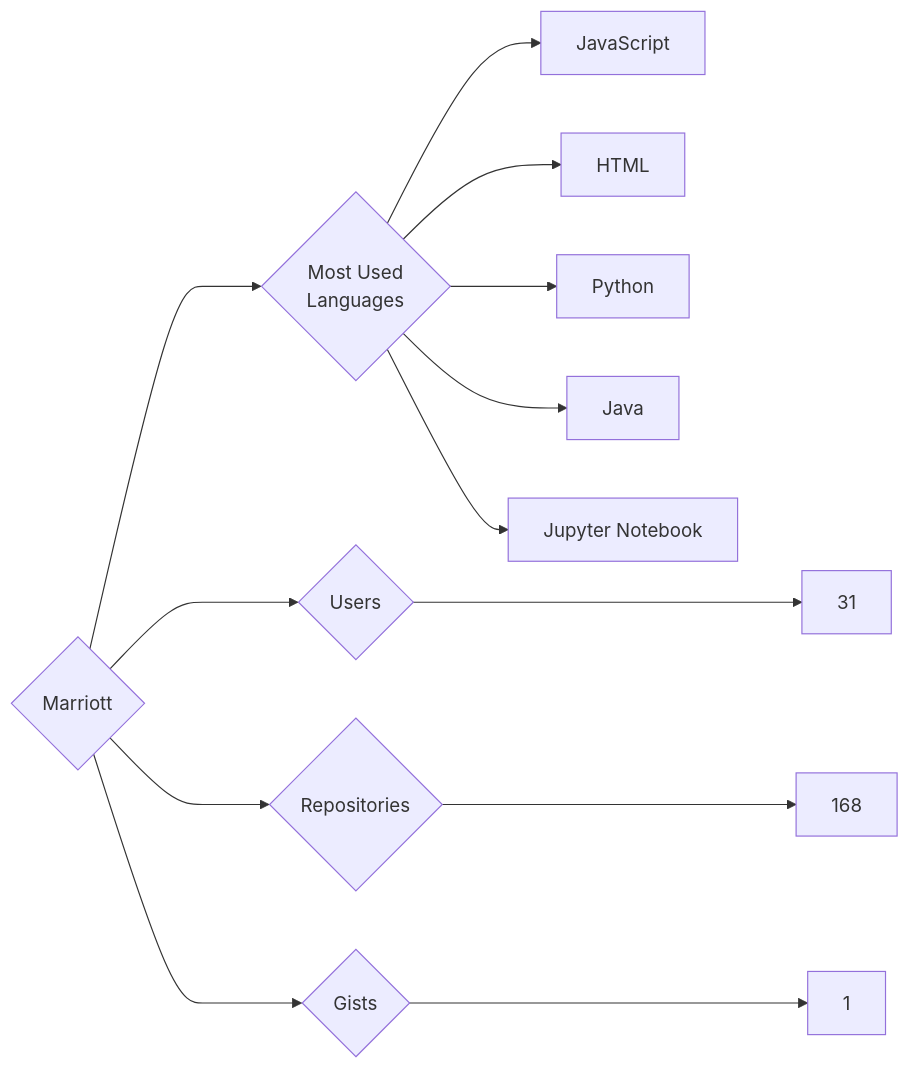
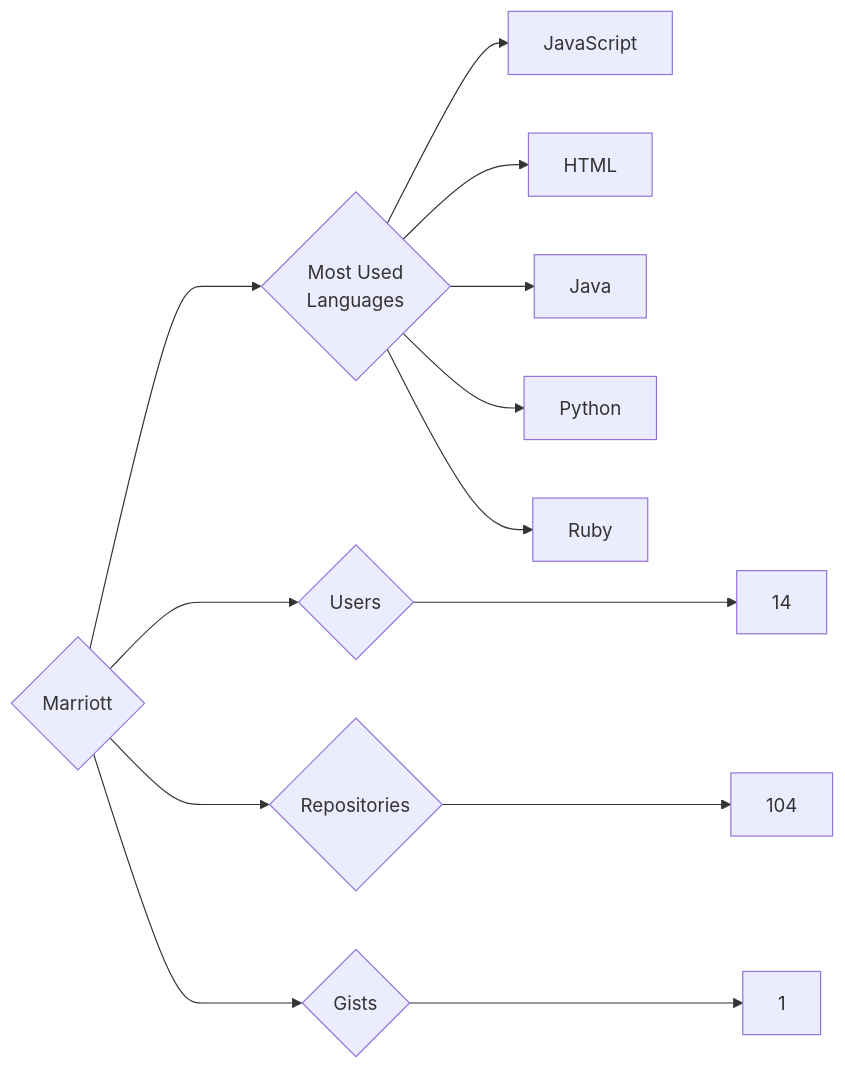
The diagram in targets/Marriott/README.md (trickest/insiders), drawn with Mermaid before and after one commit. The commit also changed 582 other files, not shown here.

````diff
--- a/targets/Marriott/README.md
+++ b/targets/Marriott/README.md
@@ -3,13 +3,13 @@
 ```mermaid
 graph LR
 COMPANY_NAME{Marriott}
-COMPANY_NAME ---> U{Users} ---> UN[31]
-COMPANY_NAME ---> R{Repositories} ---> RN[168]
+COMPANY_NAME ---> U{Users} ---> UN[14]
+COMPANY_NAME ---> R{Repositories} ---> RN[104]
 COMPANY_NAME ---> G{Gists} ---> GN[1]
 COMPANY_NAME ---> ML{Most Used<br>Languages}
 ML --> JavaScript[JavaScript]
 ML --> HTML[HTML]
+ML --> Java[Java]
 ML --> Python[Python]
-ML --> Java[Java]
-ML --> Jupyter_Notebook[Jupyter Notebook]
+ML --> Ruby[Ruby]
 ```
````
